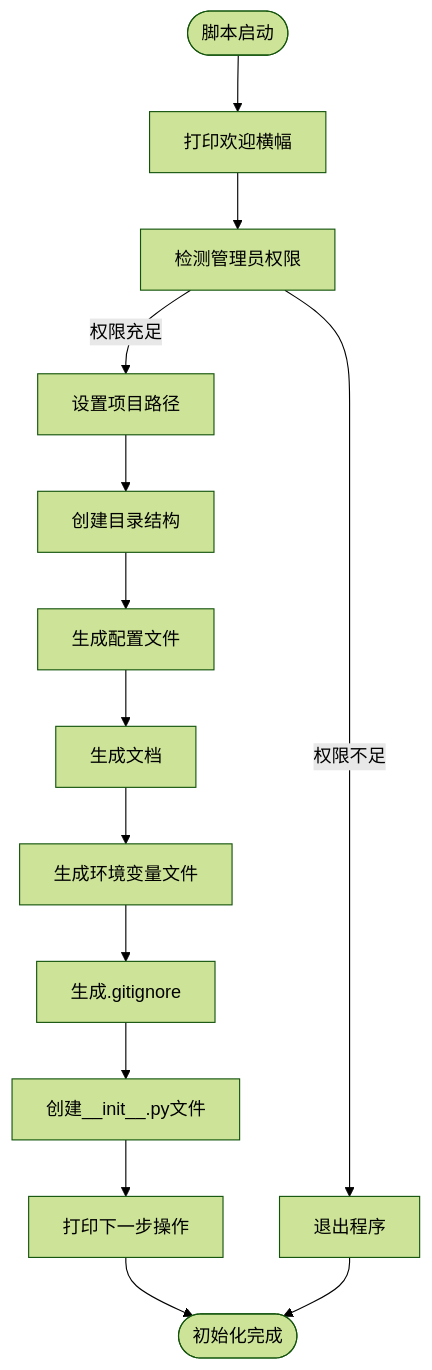
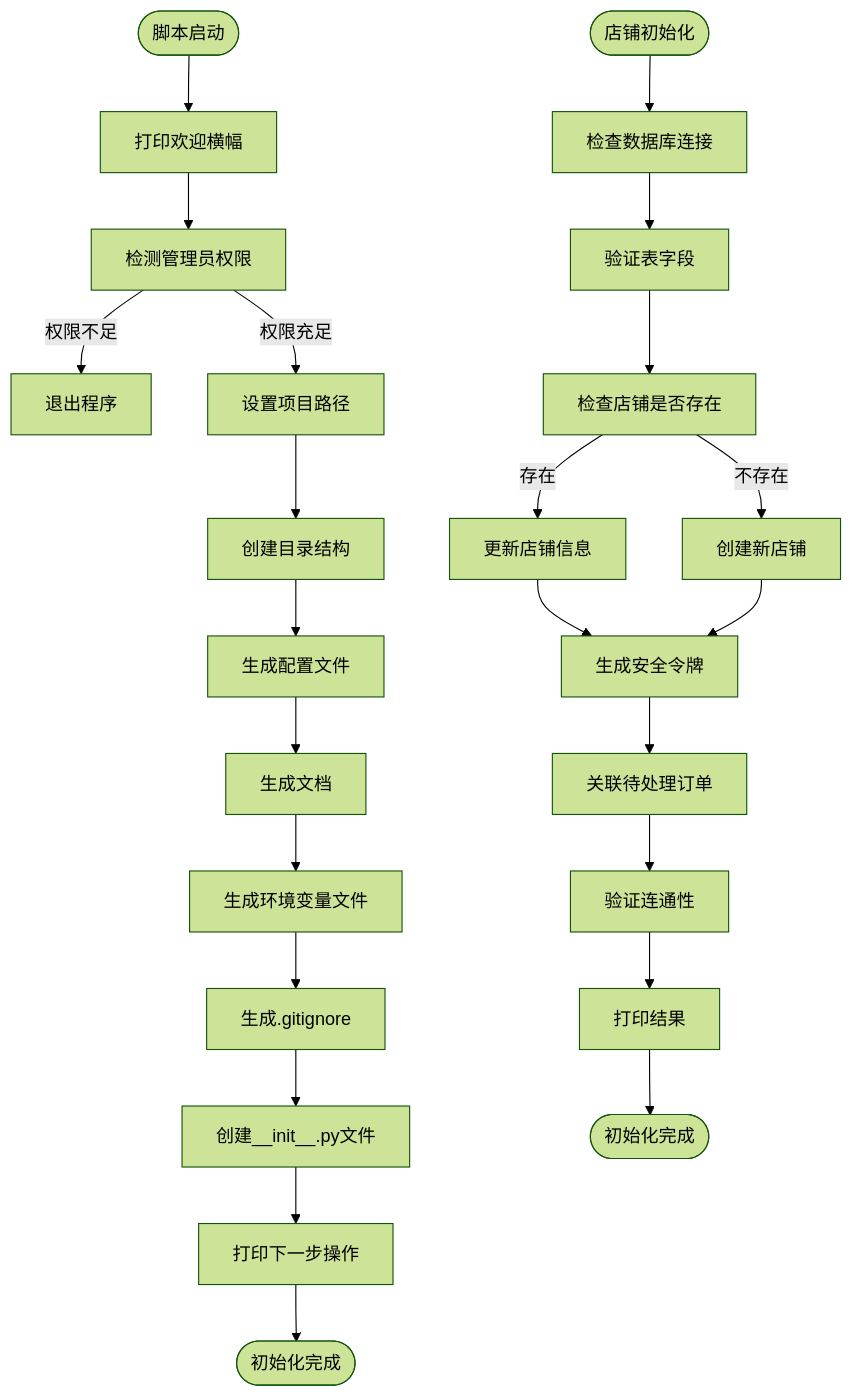
Before and after one commit to SY6621/POD-Order-Management: the second of 12 diagrams in .qoder/repowiki/zh/content/初始化脚本详解.md, drawn with Mermaid (forest theme). The commit also changed other lines of this file and 16 other files, not shown here.

````diff
--- a/.qoder/repowiki/zh/content/初始化脚本详解.md
+++ b/.qoder/repowiki/zh/content/初始化脚本详解.md
@@ -106,16 +128,26 @@
 ```mermaid
 flowchart TD
 Start([脚本启动]) --> Banner["打印欢迎横幅"]
 Banner --> AdminCheck["检测管理员权限"]
 AdminCheck --> |权限不足| ErrorExit["退出程序"]
 AdminCheck --> |权限充足| SetupPaths["设置项目路径"]
 SetupPaths --> CreateDirs["创建目录结构"]
 CreateDirs --> GenConfig["生成配置文件"]
 GenConfig --> GenDocs["生成文档"]
 GenDocs --> GenEnv["生成环境变量文件"]
 GenEnv --> GenGitignore["生成.gitignore"]
 GenGitignore --> CreateInit["创建__init__.py文件"]
 CreateInit --> NextSteps["打印下一步操作"]
 NextSteps --> End([初始化完成])
-ErrorExit --> End
+ShopInit([店铺初始化]) --> CheckDB["检查数据库连接"]
+CheckDB --> VerifyFields["验证表字段"]
+VerifyFields --> CheckShop["检查店铺是否存在"]
+CheckShop --> |存在| UpdateShop["更新店铺信息"]
+CheckShop --> |不存在| CreateShop["创建新店铺"]
+UpdateShop --> GenerateTokens["生成安全令牌"]
+CreateShop --> GenerateTokens
+GenerateTokens --> LinkOrders["关联待处理订单"]
+LinkOrders --> VerifyConnectivity["验证连通性"]
+VerifyConnectivity --> PrintResults["打印结果"]
+PrintResults --> ShopEnd([初始化完成])
 ```
````
